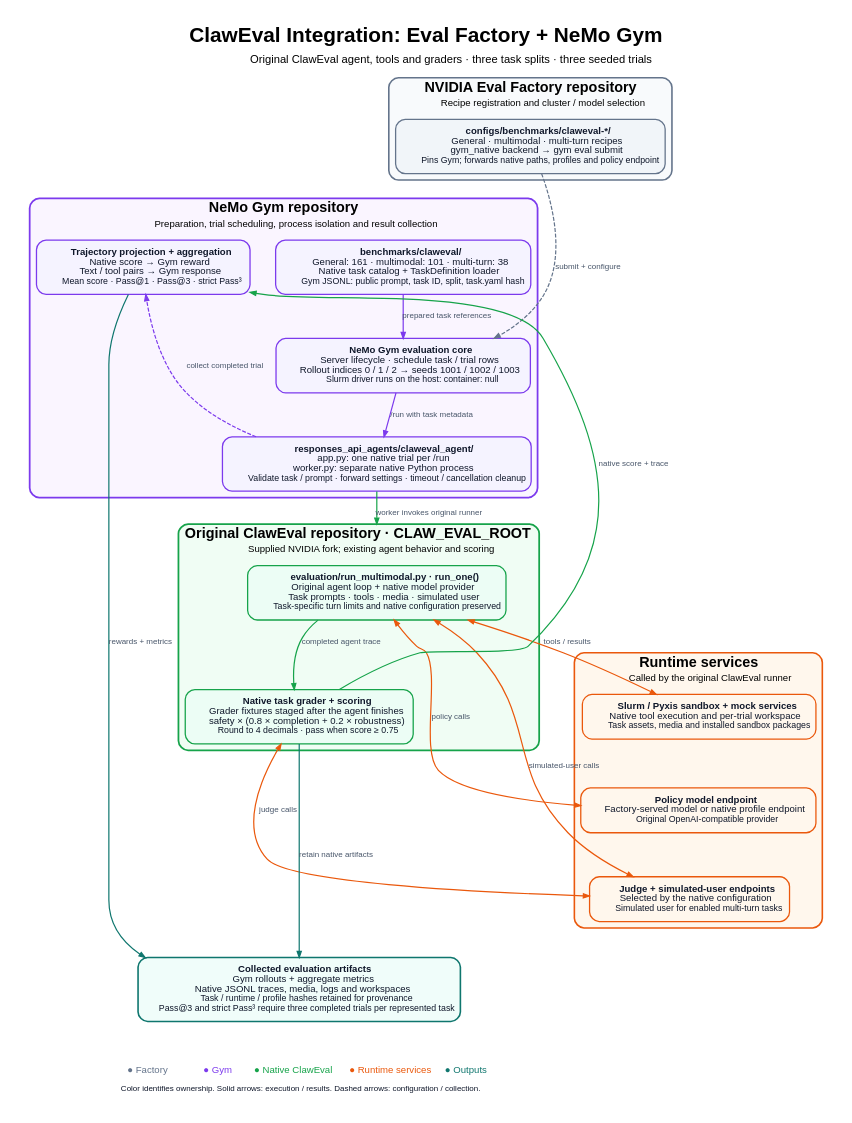
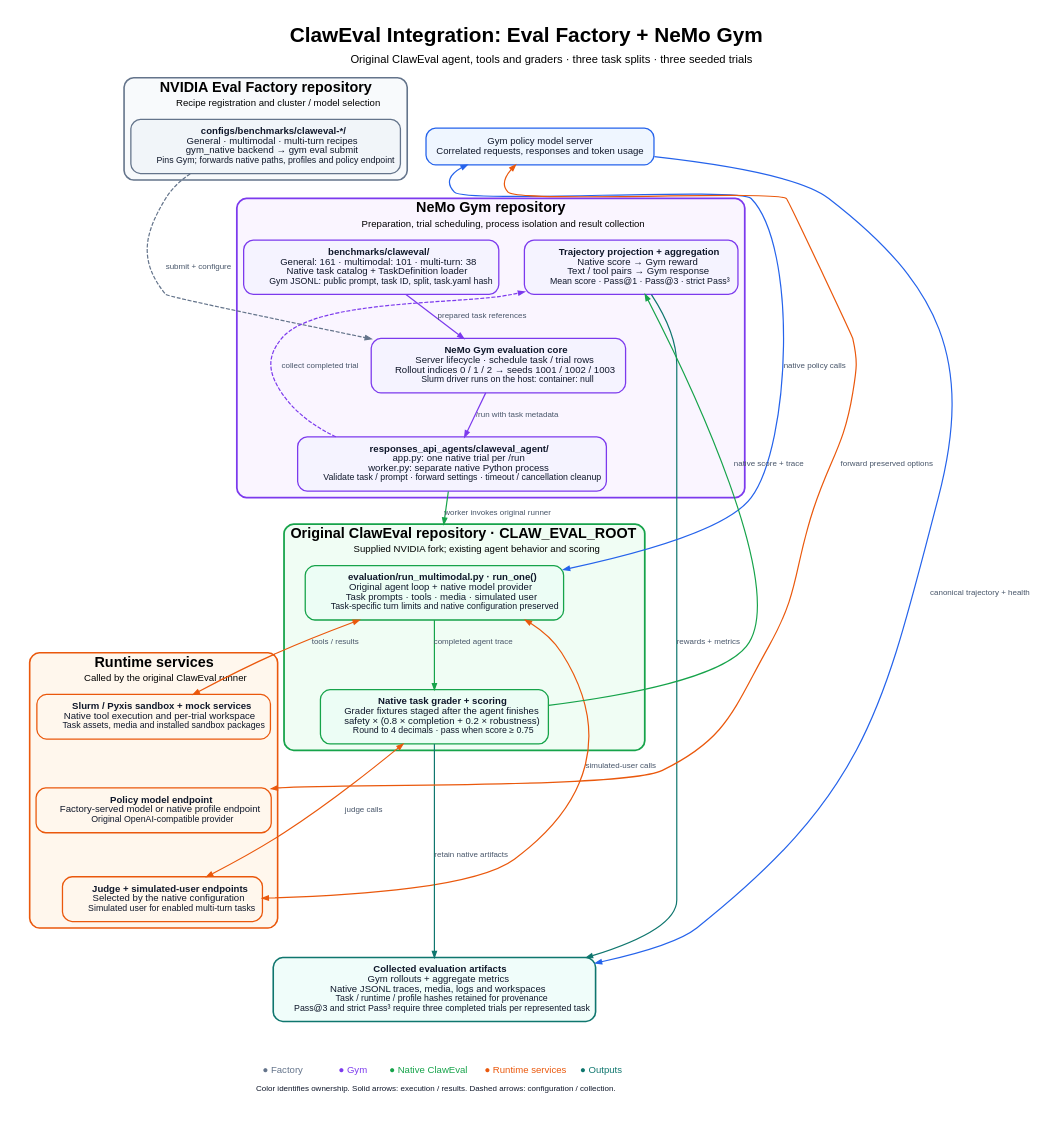
Before and after one commit to NVIDIA-NeMo/Gym: the diagram in responses_api_agents/claweval_agent/assets/claweval-integration.dot, drawn with Graphviz. The commit also changed 21 other files, not shown here.

Commit message:
fix(claweval): capture native policy evidence and avoid repeated trials

```diff
--- a/responses_api_agents/claweval_agent/assets/claweval-integration.dot
+++ b/responses_api_agents/claweval_agent/assets/claweval-integration.dot
@@ -1,117 +1,120 @@
 // SPDX-FileCopyrightText: Copyright (c) 2026 NVIDIA CORPORATION & AFFILIATES. All rights reserved.
 // SPDX-License-Identifier: Apache-2.0
 // Render with: dot -Tsvg claweval-integration.dot -o claweval-integration.svg
 //              dot -Tpng -Gdpi=150 claweval-integration.dot -o claweval-integration.png
 digraph ClawEvalIntegration {
   graph [rankdir=TB, bgcolor="white", pad=0.30, nodesep=0.45, ranksep=0.60,
     compound=true, fontname="Arial", fontsize=26, labelloc=t,
     label=<<B>ClawEval Integration: Eval Factory + NeMo Gym</B><BR/>
       <FONT POINT-SIZE="14">Original ClawEval agent, tools and graders · three task splits · three seeded trials</FONT>>];
   node [shape=box, style="rounded,filled", fontname="Arial", fontsize=12,
     fontcolor="#0f172a", margin="0.18,0.14", penwidth=1.6];
   edge [fontname="Arial", fontsize=10, fontcolor="#475569", color="#64748b", penwidth=1.5, arrowsize=0.75];
 
   subgraph cluster_factory {
     label=<<B>NVIDIA Eval Factory repository</B><BR/>
       <FONT POINT-SIZE="12">Recipe registration and cluster / model selection</FONT>>;
     style="rounded,filled"; color="#64748b"; fillcolor="#f8fafc"; penwidth=2; fontsize=18;
     factory [fillcolor="#f1f5f9", color="#64748b", label=<
       <B>configs/benchmarks/claweval-*/</B><BR/>
       General · multimodal · multi-turn recipes<BR/>
       gym_native backend → gym eval submit<BR/>
       <FONT POINT-SIZE="11">Pins Gym; forwards native paths, profiles and policy endpoint</FONT>>];
   }
 
   subgraph cluster_gym {
     label=<<B>NeMo Gym repository</B><BR/>
       <FONT POINT-SIZE="12">Preparation, trial scheduling, process isolation and result collection</FONT>>;
     style="rounded,filled"; color="#7c3aed"; fillcolor="#faf5ff"; penwidth=2.2; fontsize=18;
     prepare [fillcolor="#f5f3ff", color="#7c3aed", label=<
       <B>benchmarks/claweval/</B><BR/>
       General: 161 · multimodal: 101 · multi-turn: 38<BR/>
       Native task catalog + TaskDefinition loader<BR/>
       <FONT POINT-SIZE="11">Gym JSONL: public prompt, task ID, split, task.yaml hash</FONT>>];
     core [fillcolor="#f5f3ff", color="#7c3aed", label=<
       <B>NeMo Gym evaluation core</B><BR/>
       Server lifecycle · schedule task / trial rows<BR/>
       Rollout indices 0 / 1 / 2 → seeds 1001 / 1002 / 1003<BR/>
       <FONT POINT-SIZE="11">Slurm driver runs on the host: container: null</FONT>>];
     adapter [fillcolor="#f5f3ff", color="#7c3aed", label=<
       <B>responses_api_agents/claweval_agent/</B><BR/>
       app.py: one native trial per /run<BR/>
       worker.py: separate native Python process<BR/>
       <FONT POINT-SIZE="11">Validate task / prompt · forward settings · timeout / cancellation cleanup</FONT>>];
     projection [fillcolor="#f5f3ff", color="#7c3aed", label=<
       <B>Trajectory projection + aggregation</B><BR/>
       Native score → Gym reward<BR/>
       Text / tool pairs → Gym response<BR/>
       <FONT POINT-SIZE="11">Mean score · Pass@1 · Pass@3 · strict Pass³</FONT>>];
     prepare -> core [color="#7c3aed", label="prepared task references"];
     core -> adapter [color="#7c3aed", label="/run with task metadata"];
     adapter -> projection [color="#7c3aed", style=dashed, label="collect completed trial", constraint=false];
   }
 
   subgraph cluster_native {
     label=<<B>Original ClawEval repository · CLAW_EVAL_ROOT</B><BR/>
       <FONT POINT-SIZE="12">Supplied NVIDIA fork; existing agent behavior and scoring</FONT>>;
     style="rounded,filled"; color="#16a34a"; fillcolor="#f0fdf4"; penwidth=2.2; fontsize=18;
     runner [fillcolor="#ecfdf5", color="#16a34a", label=<
       <B>evaluation/run_multimodal.py · run_one()</B><BR/>
       Original agent loop + native model provider<BR/>
       Task prompts · tools · media · simulated user<BR/>
       <FONT POINT-SIZE="11">Task-specific turn limits and native configuration preserved</FONT>>];
     grade [fillcolor="#ecfdf5", color="#16a34a", label=<
       <B>Native task grader + scoring</B><BR/>
       Grader fixtures staged after the agent finishes<BR/>
       safety × (0.8 × completion + 0.2 × robustness)<BR/>
       <FONT POINT-SIZE="11">Round to 4 decimals · pass when score ≥ 0.75</FONT>>];
     runner -> grade [color="#16a34a", label="completed agent trace"];
   }
 
   subgraph cluster_services {
     label=<<B>Runtime services</B><BR/>
       <FONT POINT-SIZE="12">Called by the original ClawEval runner</FONT>>;
     style="rounded,filled"; color="#ea580c"; fillcolor="#fff7ed"; penwidth=2; fontsize=18;
     sandbox [fillcolor="#fff7ed", color="#ea580c", label=<
       <B>Slurm / Pyxis sandbox + mock services</B><BR/>
       Native tool execution and per-trial workspace<BR/>
       <FONT POINT-SIZE="11">Task assets, media and installed sandbox packages</FONT>>];
     policy [fillcolor="#fff7ed", color="#ea580c", label=<
       <B>Policy model endpoint</B><BR/>
       Factory-served model or native profile endpoint<BR/>
       <FONT POINT-SIZE="11">Original OpenAI-compatible provider</FONT>>];
     judge [fillcolor="#fff7ed", color="#ea580c", label=<
       <B>Judge + simulated-user endpoints</B><BR/>
       Selected by the native configuration<BR/>
       <FONT POINT-SIZE="11">Simulated user for enabled multi-turn tasks</FONT>>];
     sandbox -> policy -> judge [style=invis];
   }
 
   output [fillcolor="#f0fdfa", color="#0f766e", penwidth=2, label=<
     <B>Collected evaluation artifacts</B><BR/>
     Gym rollouts + aggregate metrics<BR/>
     Native JSONL traces, media, logs and workspaces<BR/>
     <FONT POINT-SIZE="11">Task / runtime / profile hashes retained for provenance</FONT><BR/>
     <FONT POINT-SIZE="11">Pass@3 and strict Pass³ require three completed trials per represented task</FONT>>];
   legend [shape=plain, style="", margin=0, label=<
     <TABLE BORDER="0" CELLBORDER="0" CELLSPACING="7"><TR>
       <TD><FONT COLOR="#64748b">● Factory</FONT></TD>
       <TD><FONT COLOR="#7c3aed">● Gym</FONT></TD>
       <TD><FONT COLOR="#16a34a">● Native ClawEval</FONT></TD>
       <TD><FONT COLOR="#ea580c">● Runtime services</FONT></TD>
       <TD><FONT COLOR="#0f766e">● Outputs</FONT></TD>
     </TR><TR><TD COLSPAN="5"><FONT POINT-SIZE="10">Color identifies ownership. Solid arrows: execution / results. Dashed arrows: configuration / collection.</FONT></TD></TR></TABLE>>];
 
   factory -> core [color="#64748b", style=dashed, label="submit + configure"];
   factory -> prepare [style=invis];
   adapter -> runner [color="#16a34a", lhead=cluster_native, label="worker invokes original runner"];
   runner -> sandbox [color="#ea580c", dir=both, label="tools / results"];
-  runner -> policy [color="#ea580c", dir=both, label="policy calls", constraint=false];
+  capture [fillcolor="#eff6ff", color="#2563eb", label="Gym policy model server\nCorrelated requests, responses and token usage"];
+  runner -> capture [color="#2563eb", dir=both, label="native policy calls", constraint=false];
+  capture -> policy [color="#ea580c", dir=both, label="forward preserved options", constraint=false];
+  capture -> output [color="#2563eb", label="canonical trajectory + health", constraint=false];
   runner -> judge [color="#ea580c", dir=both, label="simulated-user calls", constraint=false];
   grade -> judge [color="#ea580c", dir=both, label="judge calls", constraint=false];
   grade -> projection [color="#16a34a", label="native score + trace", constraint=false];
   projection -> output [color="#0f766e", label="rewards + metrics", minlen=3];
   grade -> output [color="#0f766e", label="retain native artifacts"];
   judge -> output [style=invis];
   output -> legend [style=invis];
 }
```
